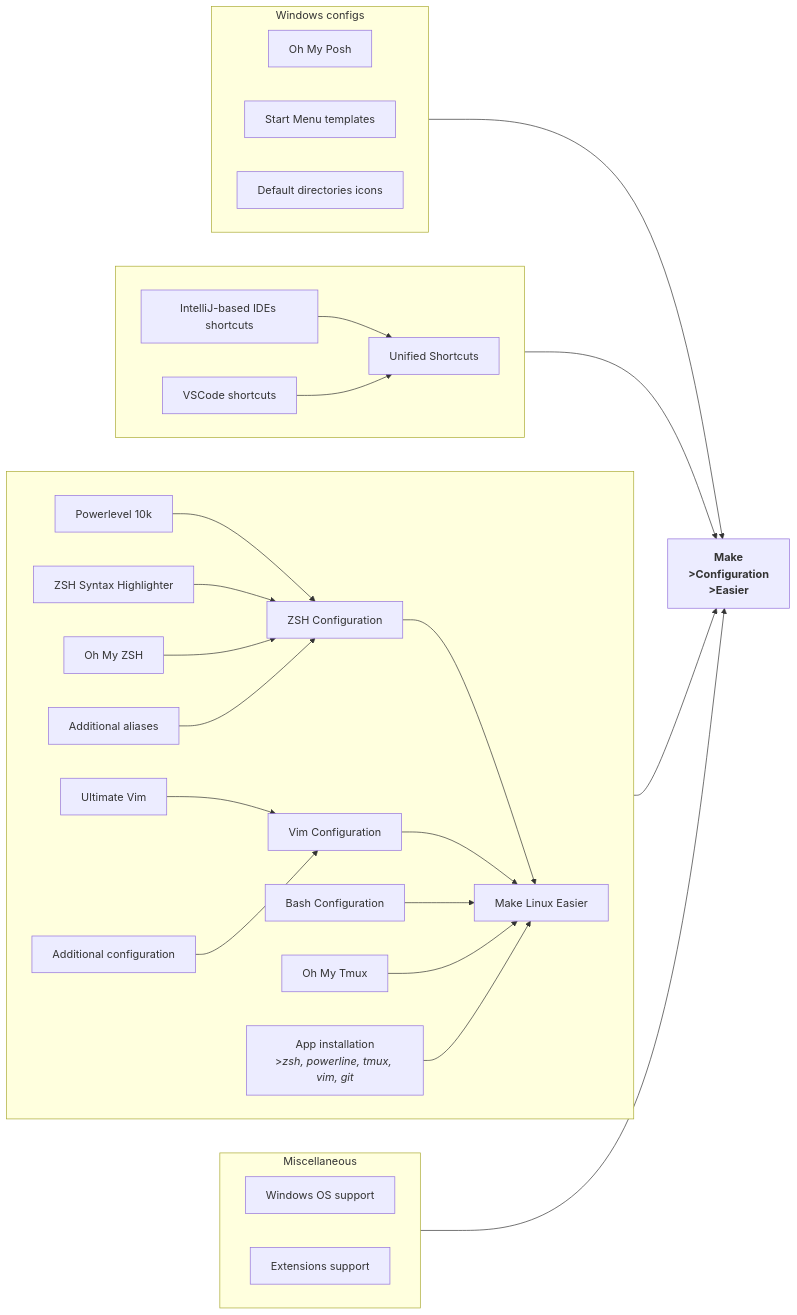
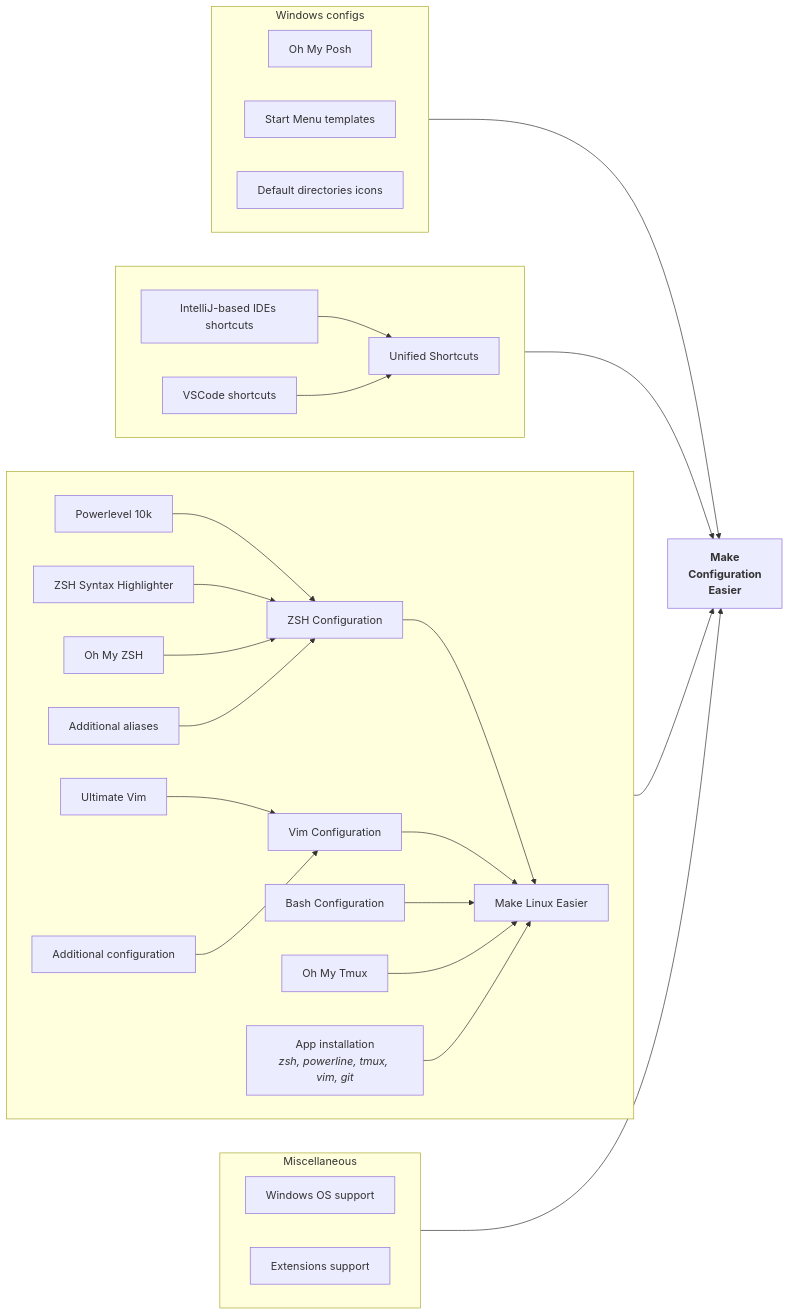
The diagram in README.md (Toliak/MCE), drawn with Mermaid before and after one commit. The commit also changed 3 other files, not shown here.

````diff
--- a/README.md
+++ b/README.md
@@ -25,65 +25,65 @@
 ```mermaid
 graph LR
     subgraph MLE[" "]
         direction LR
         MLE_11["Powerlevel 10k"]
         MLE_12["ZSH Syntax Highlighter"]
         MLE_13["Oh My ZSH"]
         MLE_14["Additional aliases"]
 
         MLE_11 --> MLE_1
         MLE_12 --> MLE_1
         MLE_13 --> MLE_1
         MLE_14 --> MLE_1
         MLE_1["ZSH Configuration"]
 
         MLE_21["Ultimate Vim"]
         MLE_22["Additional configuration"]
 
         MLE_21 --> MLE_2
         MLE_22 --> MLE_2
         MLE_2["Vim Configuration"]
 
         MLE_3["Bash Configuration"]
 
         MLE_4["Oh My Tmux"]
 
-        MLE_5["App installation<br>><i>zsh, powerline, tmux, vim, git"]
+        MLE_5["App installation<br><i>zsh, powerline, tmux, vim, git"]
 
         MLE_1 --> MLE_0
         MLE_2 --> MLE_0
         MLE_3 --> MLE_0
         MLE_4 --> MLE_0
         MLE_5 --> MLE_0
         MLE_0["Make Linux Easier"]
     end
 
     subgraph US[" "]
         direction LR
         US_1["IntelliJ-based IDEs shortcuts"]
         US_2["VSCode shortcuts"]
 
         US_1 --> US_0
         US_2 --> US_0
         US_0["Unified Shortcuts"]
     end
 
     subgraph WIN["Windows configs"]
         direction LR
         WIN_1["Oh My Posh"]
         WIN_2["Start Menu templates"]
         WIN_3["Default directories icons"]
     end
 
     subgraph MISC["Miscellaneous"]
         direction LR
         WIN_0["Windows OS support"]
         EXT["Extensions support"]
     end
 
     WIN --> MCE
     US --> MCE
     MLE --> MCE
     MISC --> MCE
-    MCE["<b>Make<br>>Configuration<br>>Easier</b>"]
+    MCE["<b>Make<br>Configuration<br>Easier</b>"]
 ```
````
